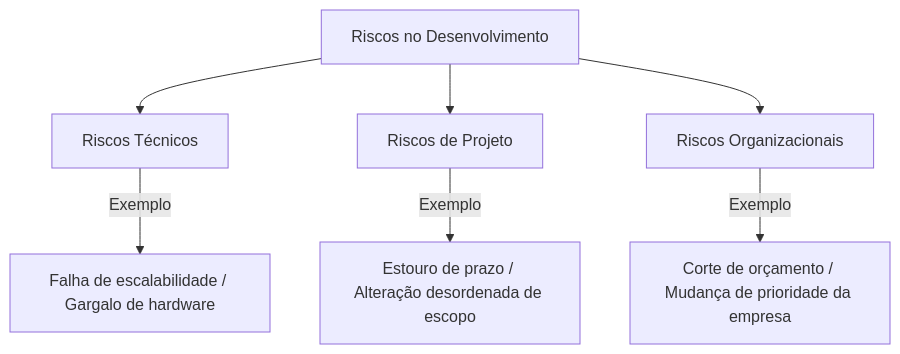
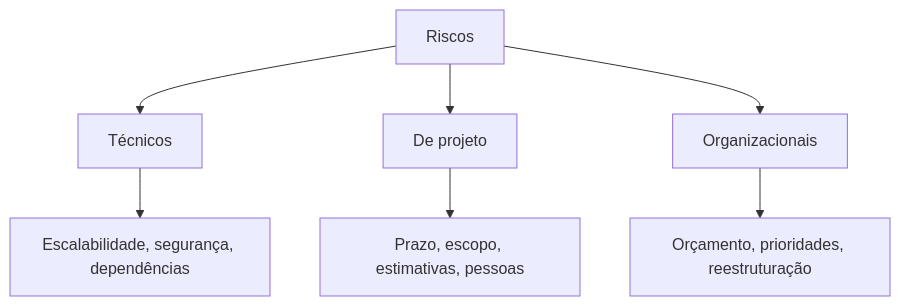
One commit to MaicomMRampi/software-architecture-handbook changed the diagram in Arquiteto de Software/01 Fundamentos em arquitetura de software/08 Gerenciamento de riscos.md. Above: the diagram before and after it, drawn with Mermaid. The commit also changed other lines of this file and 43 other files, not shown here.

````diff
--- a/Arquiteto de Software/01 Fundamentos em arquitetura de software/08 Gerenciamento de riscos.md
+++ b/Arquiteto de Software/01 Fundamentos em arquitetura de software/08 Gerenciamento de riscos.md
@@ -14,10 +20,9 @@
 ```mermaid
 graph TD
-    R[Riscos no Desenvolvimento] --> RT[Riscos Técnicos]
-    R --> RP[Riscos de Projeto]
-    R --> RO[Riscos Organizacionais]
-
-    RT -->|Exemplo| RT1[Falha de escalabilidade / Gargalo de hardware]
-    RP -->|Exemplo| RP1[Estouro de prazo / Alteração desordenada de escopo]
-    RO -->|Exemplo| RO1[Corte de orçamento / Mudança de prioridade da empresa]
+    R[Riscos] --> RT[Técnicos]
+    R --> RP[De projeto]
+    R --> RO[Organizacionais]
+    RT --> RT1[Escalabilidade, segurança, dependências]
+    RP --> RP1[Prazo, escopo, estimativas, pessoas]
+    RO --> RO1[Orçamento, prioridades, reestruturação]
 ```
````
